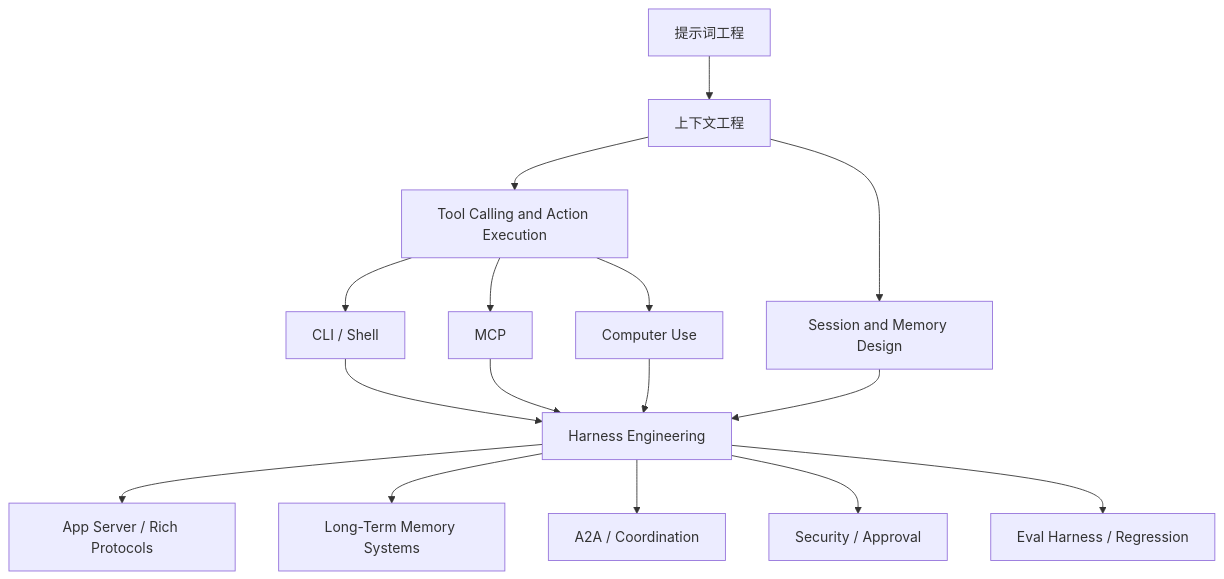
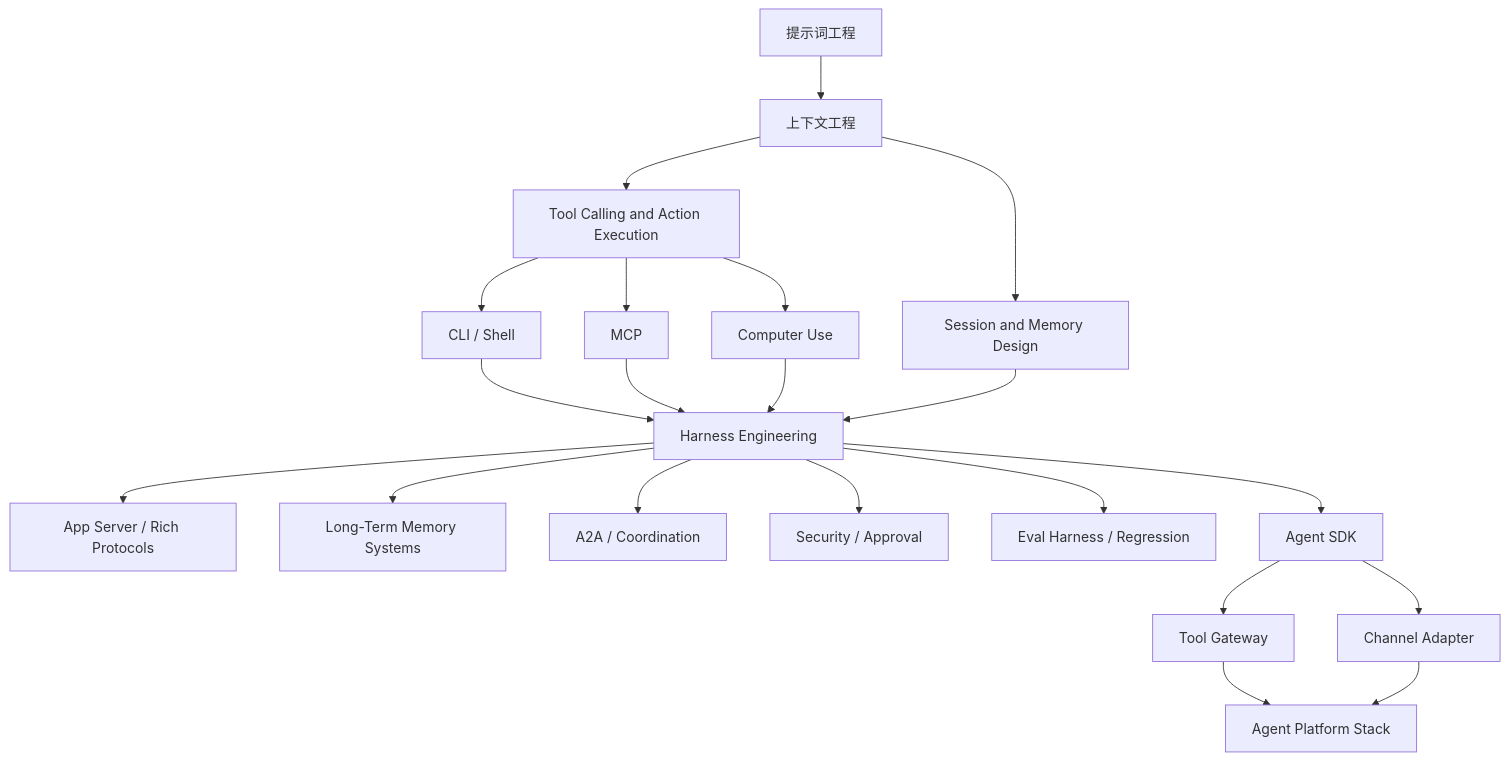
One commit to superliyang/tony-2026 changed the diagram in 01-Areas/AI-Engineering/08-Maps/Agent Context and Integration Engineering Map.md. Above: the diagram before and after it, drawn with Mermaid. The commit also changed other lines of this file and 21 other files, not shown here.

Commit message:
Add agent platform architecture slice

````diff
--- a/01-Areas/AI-Engineering/08-Maps/Agent Context and Integration Engineering Map.md
+++ b/01-Areas/AI-Engineering/08-Maps/Agent Context and Integration Engineering Map.md
@@ -15,18 +15,23 @@
 ```mermaid
 flowchart TD
   P["提示词工程"] --> C["上下文工程"]
   C --> T["Tool Calling and Action Execution"]
   C --> S["Session and Memory Design"]
   T --> CLI["CLI / Shell"]
   T --> MCP["MCP"]
   T --> CU["Computer Use"]
   CLI --> H["Harness Engineering"]
   MCP --> H
   CU --> H
   S --> H
   H --> AP["App Server / Rich Protocols"]
   H --> LM["Long-Term Memory Systems"]
   H --> A2A["A2A / Coordination"]
   H --> SEC["Security / Approval"]
   H --> EH["Eval Harness / Regression"]
+  H --> SDK["Agent SDK"]
+  SDK --> TG["Tool Gateway"]
+  SDK --> CH["Channel Adapter"]
+  TG --> PF["Agent Platform Stack"]
+  CH --> PF
 ```
````
